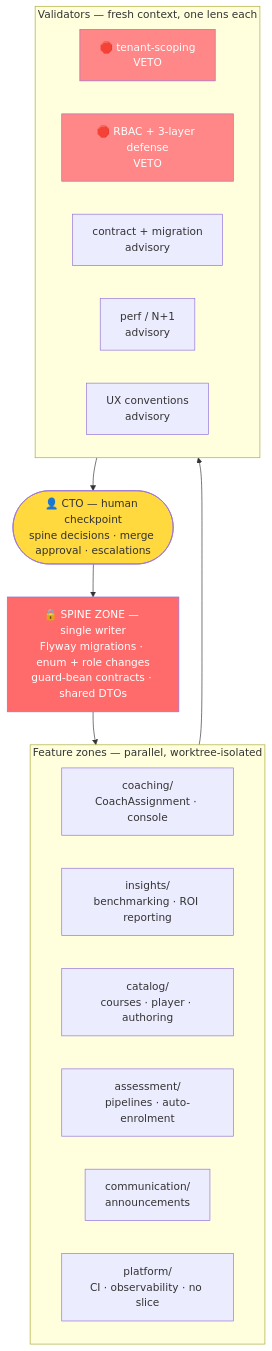
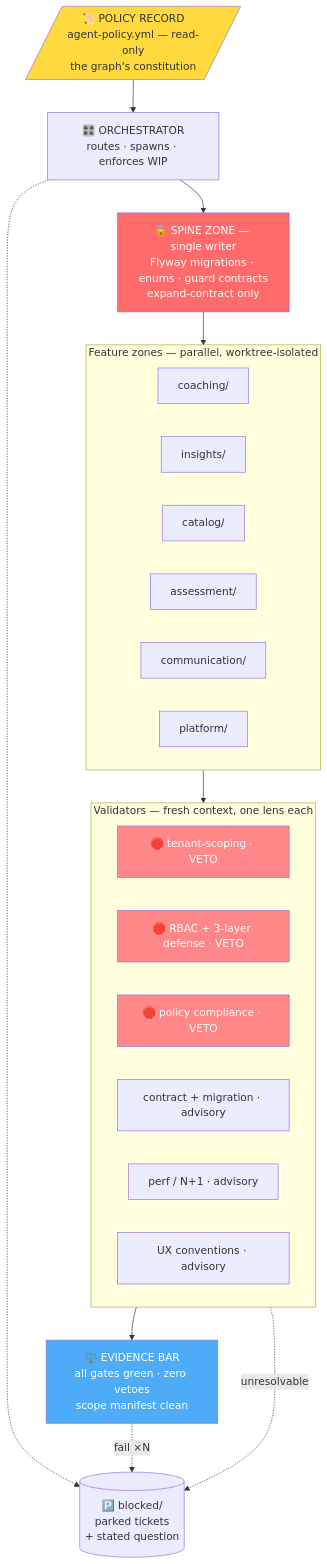
The first of 3 diagrams in docs/agent-execution-graph.md (murad-asaad19/BVisionRY-be-v2), drawn with Mermaid before and after one commit. The commit also changed other lines of this file, not shown here.

First line of the commit message:
Make the execution graph fully autonomous - no human in the loop

````diff
--- a/docs/agent-execution-graph.md
+++ b/docs/agent-execution-graph.md
@@ -52,33 +120,40 @@
 ```mermaid
 flowchart TB
-    HUMAN(["👤 CTO — human checkpoint<br/>spine decisions · merge approval · escalations"])
+    POL[/"📜 POLICY RECORD<br/>agent-policy.yml — read-only<br/>the graph's constitution"/]
+    ORCH["🎛️ ORCHESTRATOR<br/>routes · spawns · enforces WIP"]
 
-    SPINE["🔒 SPINE ZONE — single writer<br/>Flyway migrations · enum + role changes<br/>guard-bean contracts · shared DTOs"]
+    SPINE["🔒 SPINE ZONE — single writer<br/>Flyway migrations · enums · guard contracts<br/>expand-contract only"]
 
     subgraph ZONES["Feature zones — parallel, worktree-isolated"]
-        Z1["coaching/<br/>CoachAssignment · console"]
-        Z2["insights/<br/>benchmarking · ROI reporting"]
-        Z3["catalog/<br/>courses · player · authoring"]
-        Z4["assessment/<br/>pipelines · auto-enrolment"]
-        Z5["communication/<br/>announcements"]
-        Z6["platform/<br/>CI · observability · no slice"]
+        Z1["coaching/"]
+        Z2["insights/"]
+        Z3["catalog/"]
+        Z4["assessment/"]
+        Z5["communication/"]
+        Z6["platform/"]
     end
 
     subgraph VAL["Validators — fresh context, one lens each"]
-        V1["🛑 tenant-scoping<br/>VETO"]
-        V2["🛑 RBAC + 3-layer defense<br/>VETO"]
-        V3["contract + migration<br/>advisory"]
-        V4["perf / N+1<br/>advisory"]
-        V5["UX conventions<br/>advisory"]
+        V1["🛑 tenant-scoping · VETO"]
+        V2["🛑 RBAC + 3-layer defense · VETO"]
+        V3["🛑 policy compliance · VETO"]
+        V4["contract + migration · advisory"]
+        V5["perf / N+1 · advisory"]
+        V6["UX conventions · advisory"]
     end
 
-    HUMAN --> SPINE
-    SPINE --> ZONES
-    ZONES --> VAL
-    VAL --> HUMAN
+    GATE["⚖️ EVIDENCE BAR<br/>all gates green · zero vetoes<br/>scope manifest clean"]
+    BLOCK[("🅿️ blocked/<br/>parked tickets<br/>+ stated question")]
+
+    POL --> ORCH --> SPINE --> ZONES --> VAL --> GATE
+    ORCH -.-> BLOCK
+    VAL -.->|"unresolvable"| BLOCK
+    GATE -.->|"fail ×N"| BLOCK
 
     style SPINE fill:#ff6b6b,color:#fff
-    style HUMAN fill:#ffd93d
+    style POL fill:#ffd93d
+    style GATE fill:#4dabf7,color:#fff
     style V1 fill:#ff8787,color:#fff
     style V2 fill:#ff8787,color:#fff
+    style V3 fill:#ff8787,color:#fff
 ```
````
